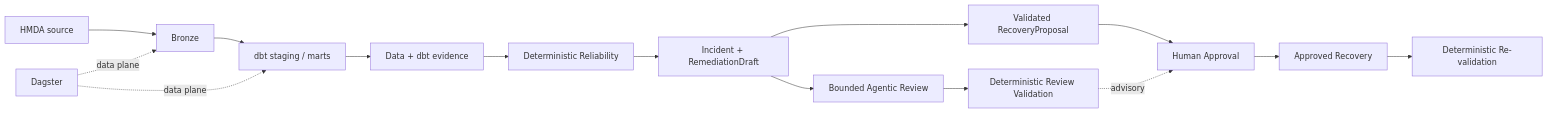
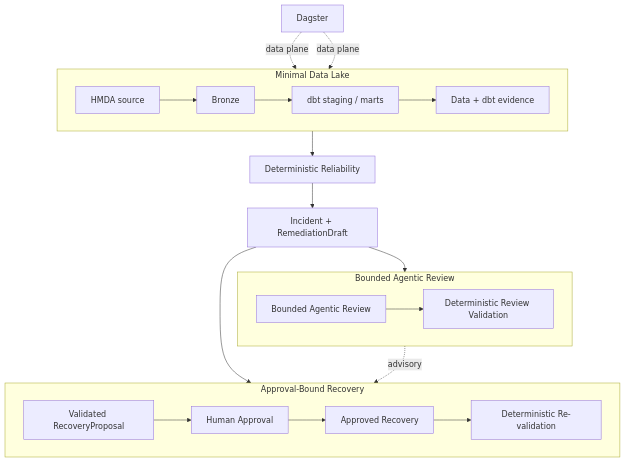
The diagram in docs/mvp.md (mols3131d/hmda-data-reliability), drawn with Mermaid before and after one commit.

Commit message:
docs: compact MVP mermaid layout

````diff
--- a/docs/mvp.md
+++ b/docs/mvp.md
@@ -26,20 +26,26 @@
 ```mermaid
-flowchart LR
-    source["HMDA source"] --> bronze["Bronze"]
-    bronze --> analytical["dbt staging / marts"]
-    analytical --> evidence["Data + dbt evidence"]
-    evidence --> reliability["Deterministic Reliability"]
-    reliability --> incident["Incident + RemediationDraft"]
+flowchart TB
+    subgraph data_lake ["Minimal Data Lake"]
+        direction LR
+        source["HMDA source"] --> bronze["Bronze"] --> analytical["dbt staging / marts"] --> evidence["Data + dbt evidence"]
+    end
 
-    incident --> agent["Bounded Agentic Review"]
-    agent --> guard["Deterministic Review Validation"]
+    evidence --> reliability["Deterministic Reliability"] --> incident["Incident + RemediationDraft"]
 
-    incident --> proposal["Validated RecoveryProposal"]
-    proposal --> human["Human Approval"]
+    subgraph agentic_review ["Bounded Agentic Review"]
+        direction LR
+        agent["Bounded Agentic Review"] --> guard["Deterministic Review Validation"]
+    end
+
+    subgraph recovery_path ["Approval-Bound Recovery"]
+        direction LR
+        proposal["Validated RecoveryProposal"] --> human["Human Approval"] --> recovery["Approved Recovery"] --> verify["Deterministic Re-validation"]
+    end
+
+    incident --> agent
+    incident --> proposal
     guard -. advisory .-> human
-    human --> recovery["Approved Recovery"]
-    recovery --> verify["Deterministic Re-validation"]
 
     dagster["Dagster"] -. data plane .-> bronze
     dagster -. data plane .-> analytical
 ```
````
